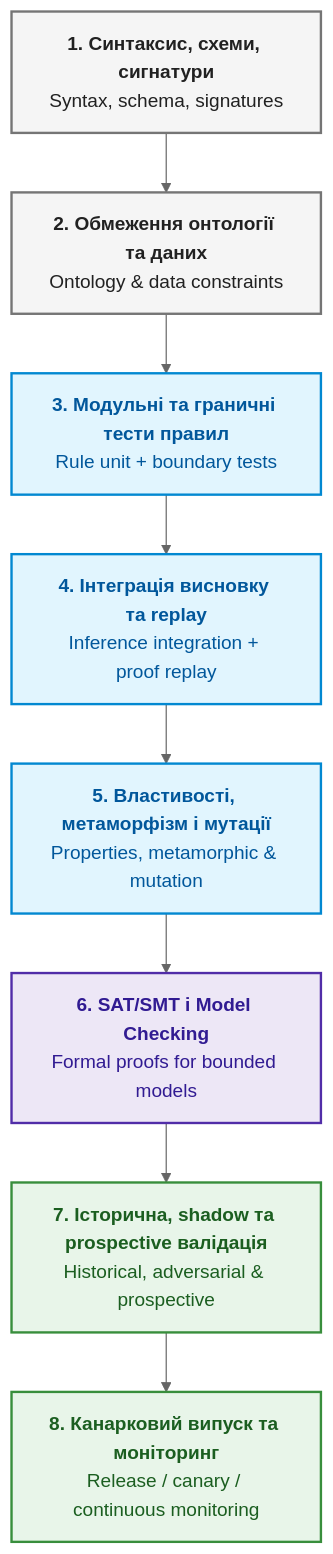
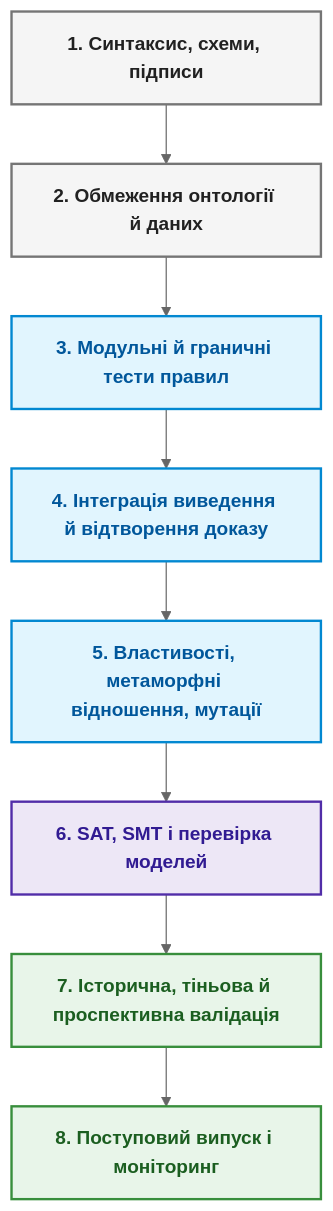
The second of 5 diagrams in ExpertSystem/ch23-knowledge-base-verification.md (nick-fedchik/articles), drawn with Mermaid (neutral theme) before and after one commit. The commit also changed other lines of this file, not shown here.

````diff
--- a/ExpertSystem/ch23-knowledge-base-verification.md
+++ b/ExpertSystem/ch23-knowledge-base-verification.md
@@ -99,23 +79,23 @@
 ```mermaid
 flowchart TB
-    accTitle: Піраміда рівнів верифікації та тестування
-    accDescr: Рівні верифікації від синтаксису до продового моніторингу.
+    accTitle: Рівні верифікації й тестування бази знань
+    accDescr: Вісім рівнів перевірок від синтаксису й схем до моніторингу після випуску.
 
-    L1["<b>1. Синтаксис, схеми, сигнатури</b><br/>Syntax, schema, signatures"] --> L2["<b>2. Обмеження онтології та даних</b><br/>Ontology & data constraints"]
-    L2 --> L3["<b>3. Модульні та граничні тести правил</b><br/>Rule unit + boundary tests"]
-    L3 --> L4["<b>4. Інтеграція висновку та replay</b><br/>Inference integration + proof replay"]
-    L4 --> L5["<b>5. Властивості, метаморфізм і мутації</b><br/>Properties, metamorphic & mutation"]
-    L5 --> L6["<b>6. SAT/SMT і Model Checking</b><br/>Formal proofs for bounded models"]
-    L6 --> L7["<b>7. Історична, shadow та prospective валідація</b><br/>Historical, adversarial & prospective"]
-    L7 --> L8["<b>8. Канарковий випуск та моніторинг</b><br/>Release / canary / continuous monitoring"]
+    L1["<b>1. Синтаксис, схеми, підписи</b>"] --> L2["<b>2. Обмеження онтології й даних</b>"]
+    L2 --> L3["<b>3. Модульні й граничні тести правил</b>"]
+    L3 --> L4["<b>4. Інтеграція виведення й відтворення доказу</b>"]
+    L4 --> L5["<b>5. Властивості, метаморфні відношення, мутації</b>"]
+    L5 --> L6["<b>6. SAT, SMT і перевірка моделей</b>"]
+    L6 --> L7["<b>7. Історична, тіньова й проспективна валідація</b>"]
+    L7 --> L8["<b>8. Поступовий випуск і моніторинг</b>"]
 
     classDef basic fill:#f5f5f5,stroke:#757575,stroke-width:2px,color:#212121;
     classDef test fill:#e1f5fe,stroke:#0288d1,stroke-width:2px,color:#01579b;
     classDef formal fill:#ede7f6,stroke:#512da8,stroke-width:2px,color:#311b92;
     classDef prod fill:#e8f5e9,stroke:#388e3c,stroke-width:2px,color:#1b5e20;
 
     class L1,L2 basic;
     class L3,L4,L5 test;
     class L6 formal;
     class L7,L8 prod;
 ```
````
